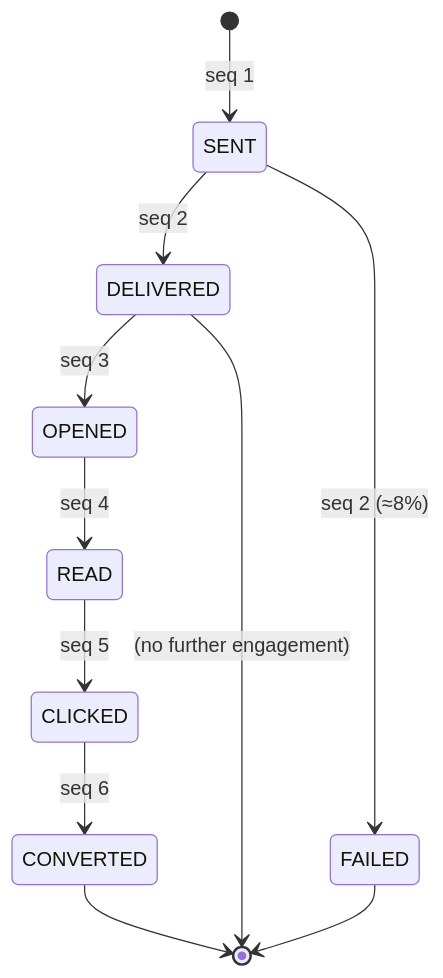
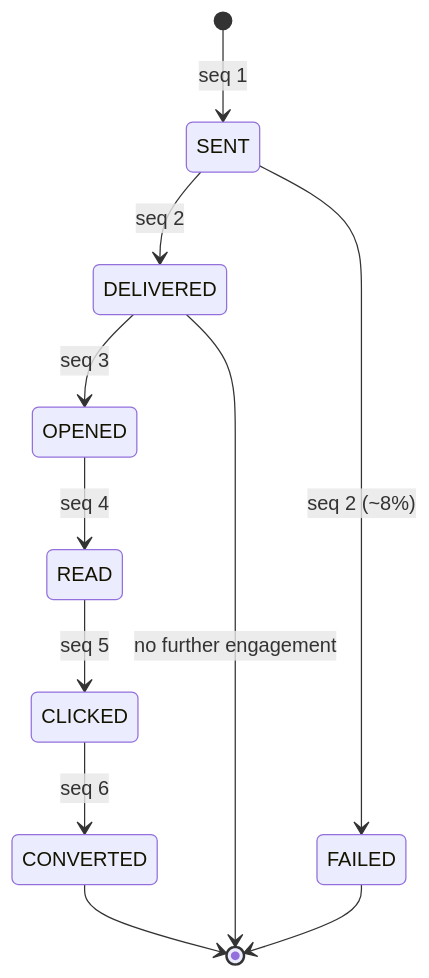
One commit to blazingarrows1525/xeno-sde changed the third of 6 diagrams in BLUEPRINT.md. Above: the diagram before and after it, drawn with Mermaid. The commit also changed other lines of this file and 3 other files, not shown here.

````diff
--- a/BLUEPRINT.md
+++ b/BLUEPRINT.md
@@ -606,13 +236,13 @@
 ```mermaid
 stateDiagram-v2
     [*] --> SENT: seq 1
     SENT --> DELIVERED: seq 2
-    SENT --> FAILED: seq 2 (≈8%)
+    SENT --> FAILED: seq 2 (~8%)
     DELIVERED --> OPENED: seq 3
     OPENED --> READ: seq 4
     READ --> CLICKED: seq 5
     CLICKED --> CONVERTED: seq 6
-    DELIVERED --> [*]: (no further engagement)
+    DELIVERED --> [*]: no further engagement
     FAILED --> [*]
     CONVERTED --> [*]
 ```
````
